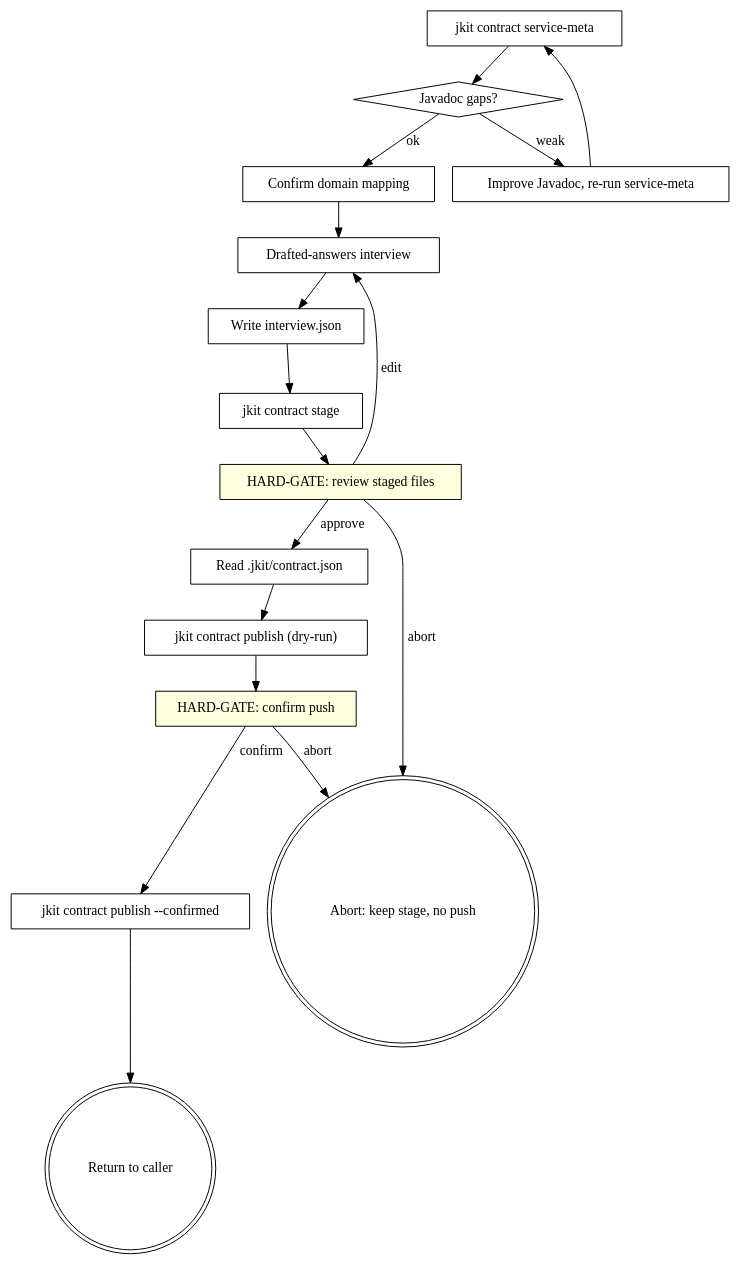
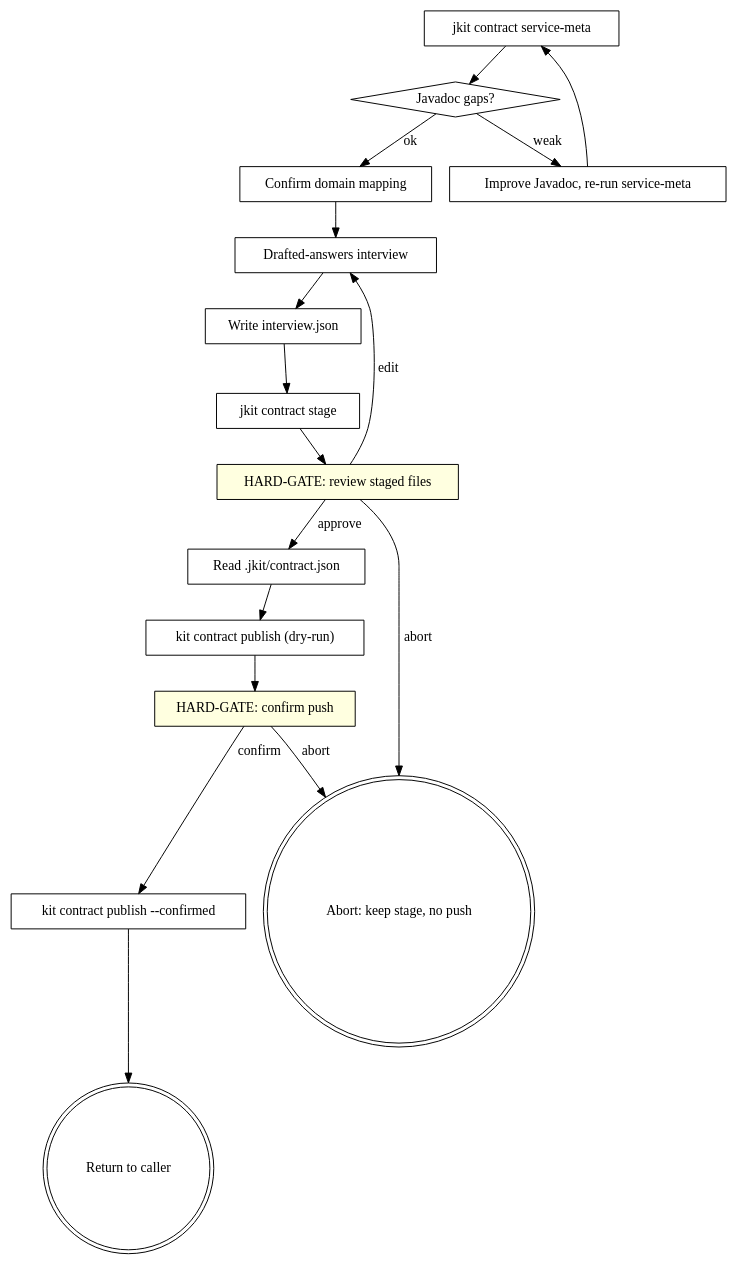
One commit to honghaowuu/jkit changed the diagram in skills/publish-contract/SKILL.md. Above: the diagram before and after it, drawn with Graphviz. The commit also changed other lines of this file and 15 other files, not shown here.

````diff
--- a/skills/publish-contract/SKILL.md
+++ b/skills/publish-contract/SKILL.md
@@ -35,35 +35,35 @@
 ```dot
 digraph publish_contract {
     "jkit contract service-meta" [shape=box];
     "Javadoc gaps?" [shape=diamond];
     "Improve Javadoc, re-run service-meta" [shape=box];
     "Confirm domain mapping" [shape=box];
     "Drafted-answers interview" [shape=box];
     "Write interview.json" [shape=box];
     "jkit contract stage" [shape=box];
     "HARD-GATE: review staged files" [shape=box style=filled fillcolor=lightyellow];
     "Read .jkit/contract.json" [shape=box];
-    "jkit contract publish (dry-run)" [shape=box];
+    "kit contract publish (dry-run)" [shape=box];
     "HARD-GATE: confirm push" [shape=box style=filled fillcolor=lightyellow];
-    "jkit contract publish --confirmed" [shape=box];
+    "kit contract publish --confirmed" [shape=box];
     "Return to caller" [shape=doublecircle];
     "Abort: keep stage, no push" [shape=doublecircle];
 
     "jkit contract service-meta" -> "Javadoc gaps?";
     "Javadoc gaps?" -> "Improve Javadoc, re-run service-meta" [label="weak"];
     "Improve Javadoc, re-run service-meta" -> "jkit contract service-meta";
     "Javadoc gaps?" -> "Confirm domain mapping" [label="ok"];
     "Confirm domain mapping" -> "Drafted-answers interview";
     "Drafted-answers interview" -> "Write interview.json";
     "Write interview.json" -> "jkit contract stage";
     "jkit contract stage" -> "HARD-GATE: review staged files";
     "HARD-GATE: review staged files" -> "Read .jkit/contract.json" [label="approve"];
     "HARD-GATE: review staged files" -> "Drafted-answers interview" [label="edit"];
     "HARD-GATE: review staged files" -> "Abort: keep stage, no push" [label="abort"];
-    "Read .jkit/contract.json" -> "jkit contract publish (dry-run)";
-    "jkit contract publish (dry-run)" -> "HARD-GATE: confirm push";
-    "HARD-GATE: confirm push" -> "jkit contract publish --confirmed" [label="confirm"];
+    "Read .jkit/contract.json" -> "kit contract publish (dry-run)";
+    "kit contract publish (dry-run)" -> "HARD-GATE: confirm push";
+    "HARD-GATE: confirm push" -> "kit contract publish --confirmed" [label="confirm"];
     "HARD-GATE: confirm push" -> "Abort: keep stage, no push" [label="abort"];
-    "jkit contract publish --confirmed" -> "Return to caller";
+    "kit contract publish --confirmed" -> "Return to caller";
 }
 ```
````
